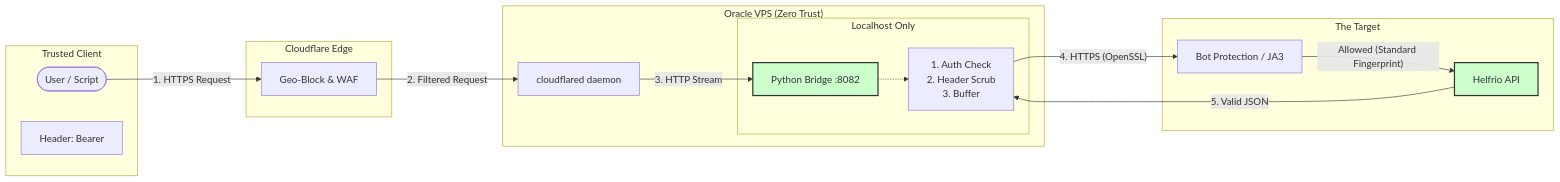
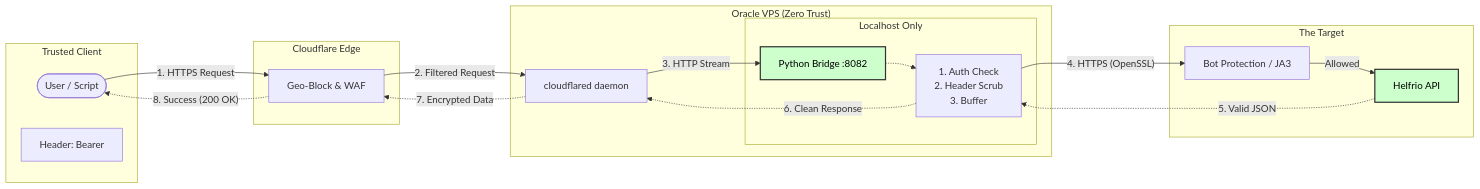
Before and after one commit to Microck/ja3-bypass-gateway: the sixth of 6 diagrams in README.md, drawn with Mermaid. The commit also changed other lines of this file, not shown here.

````diff
--- a/README.md
+++ b/README.md
@@ -317,38 +321,43 @@
 ```mermaid
 graph LR
     subgraph "Trusted Client"
         User(["User / Script"])
         Auth["Header: Bearer <GATEWAY_PASSWORD>"]
     end
 
     subgraph "Cloudflare Edge"
         CF_WAF["Geo-Block & WAF"]
     end
 
     subgraph "Oracle VPS (Zero Trust)"
         Tunnel["cloudflared daemon"]
         
         subgraph "Localhost Only"
             Python["Python Bridge :8082"]
             Logic["1. Auth Check<br/>2. Header Scrub<br/>3. Buffer"]
         end
     end
 
     subgraph "The Target"
         TargetWAF["Bot Protection / JA3"]
         Upstream["Helfrio API"]
     end
 
+    %% The Request Flow (Solid Lines)
     User -- "1. HTTPS Request" --> CF_WAF
     CF_WAF -- "2. Filtered Request" --> Tunnel
     Tunnel -- "3. HTTP Stream" --> Python
     Python -.-> Logic
+    Logic -- "4. HTTPS (OpenSSL)" --> TargetWAF
+    TargetWAF -- "Allowed" --> Upstream
     
-    %% The Success Flow
-    Logic -- "4. HTTPS (OpenSSL)" --> TargetWAF
-    TargetWAF -- "Allowed (Standard Fingerprint)" --> Upstream
-    Upstream -- "5. Valid JSON" --> Logic
+    %% The Response Flow (Dotted Lines)
+    Upstream -. "5. Valid JSON" .-> Logic
+    Logic -. "6. Clean Response" .-> Tunnel
+    Tunnel -. "7. Encrypted Data" .-> CF_WAF
+    CF_WAF -. "8. Success (200 OK)" .-> User
     
-    style Python fill:#ccffcc,stroke:#333,stroke-width:2px
-    style Upstream fill:#ccffcc,stroke:#333,stroke-width:2px
+    %% High Contrast Styling
+    style Python fill:#ccffcc,stroke:#333,stroke-width:2px,color:black
+    style Upstream fill:#ccffcc,stroke:#333,stroke-width:2px,color:black
 ```
````
